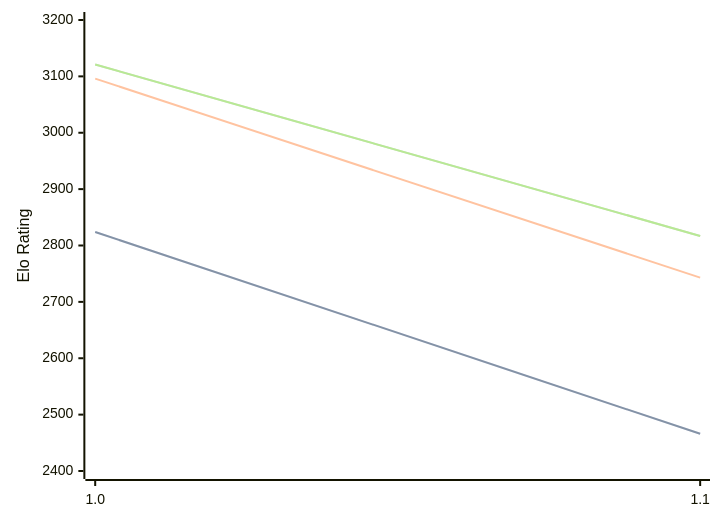
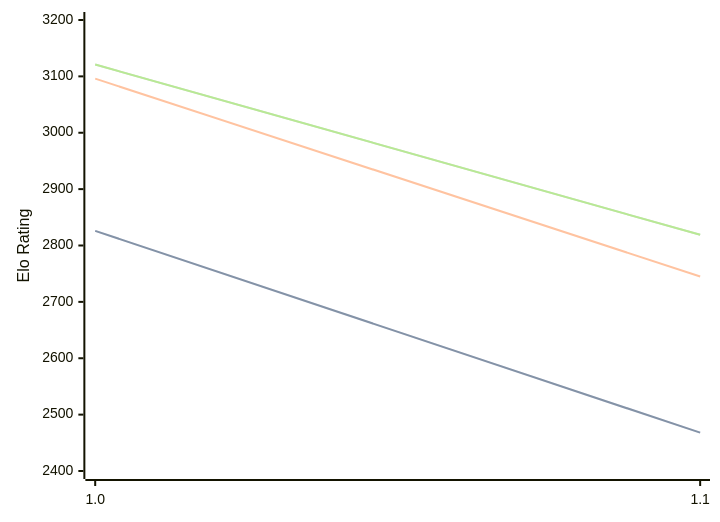
Before and after one commit to computer-chess-index/cci: the third of 3 diagrams in engines/Publius.md, drawn with Mermaid. The commit also changed other lines of this file, not shown here.

Commit message:
Update CCI Ratings (ELO VLTC) - 2026-06-30

````diff
--- a/engines/Publius.md
+++ b/engines/Publius.md
@@ -65,11 +65,11 @@
 ```mermaid
 %%{init: {"theme":"base","themeVariables":{"seriesColors:['#a3a3a3','#222221','#faa371']}}}%%
 xychart-beta
   x-axis ["1.0", "1.1"]
   y-axis "Elo Rating" 2400 --> 3200
-  line "STC (8.0+0.08s)" [2824, 2466]
-  line "STC (8.0+0.08s)" [2824, 2466]
-  line "LTC (60.0+0.60s)" [3096, 2743]
-  line "VLTC (2m24s+1.12s)" [3121, 2817]
-  line "VLTC (2m24s+1.12s)" [3121, 2817]
+  line "STC (8.0+0.08s)" [2826, 2468]
+  line "STC (8.0+0.08s)" [2826, 2468]
+  line "LTC (60.0+0.60s)" [3096, 2745]
+  line "VLTC (2m24s+1.12s)" [3121, 2819]
+  line "VLTC (2m24s+1.12s)" [3121, 2819]
 ```
````
